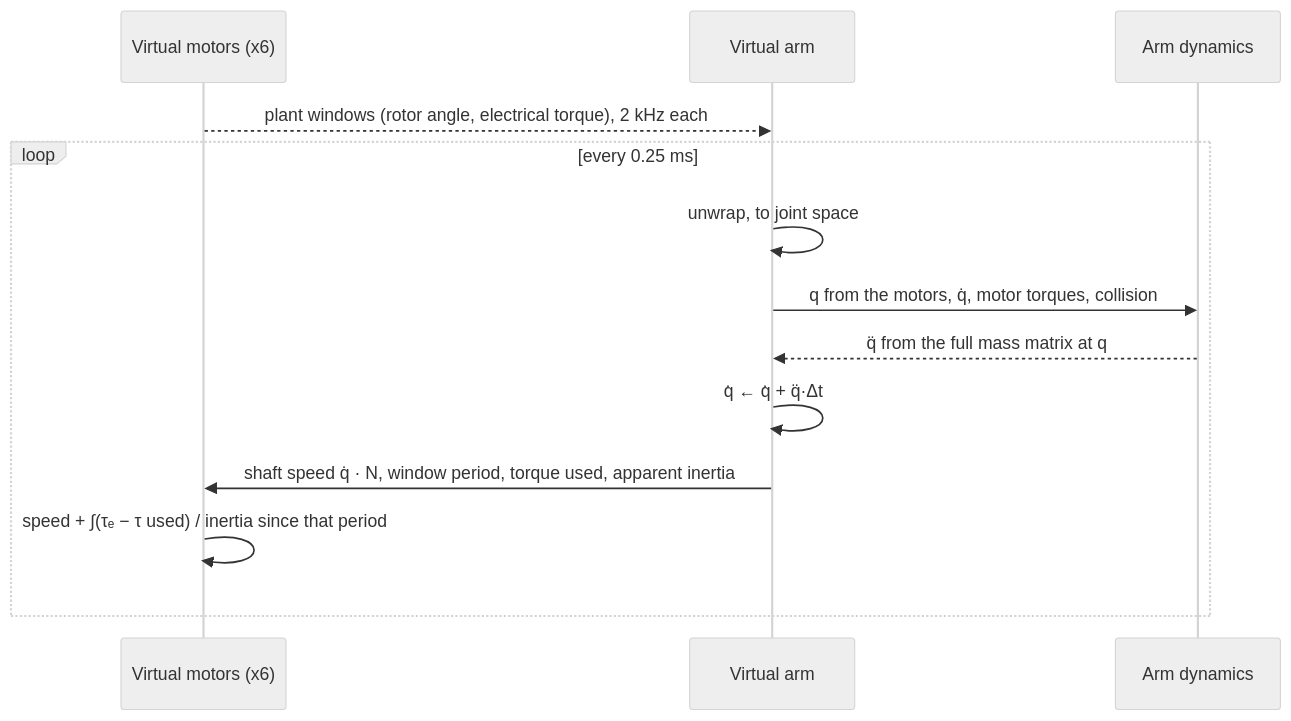
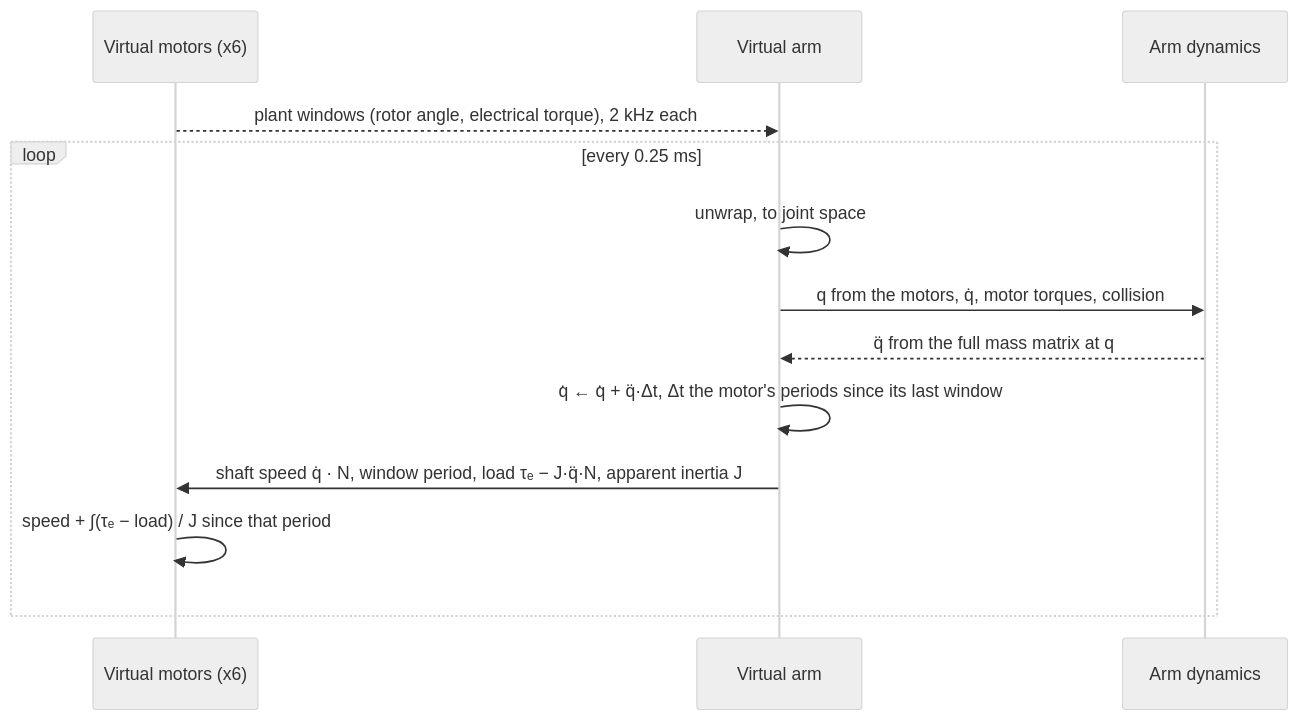
The second of 3 diagrams in documentation/design/virtual-arm.md (embedded-pro/e-robot-arm), drawn with Mermaid (neutral theme) before and after one commit. The commit also changed other lines of this file and 8 other files, not shown here.

First line of the commit message:
fix(virtual_arm): send each shaft its load and step it on its motor's time

````diff
--- a/documentation/design/virtual-arm.md
+++ b/documentation/design/virtual-arm.md
@@ -177,15 +185,15 @@
 ```mermaid
 sequenceDiagram
     participant M as Virtual motors (x6)
     participant V as Virtual arm
     participant A as Arm dynamics
     M-->>V: plant windows (rotor angle, electrical torque), 2 kHz each
     loop every 0.25 ms
         V->>V: unwrap, to joint space
         V->>A: q from the motors, q̇, motor torques, collision
         A-->>V: q̈ from the full mass matrix at q
-        V->>V: q̇ ← q̇ + q̈·Δt
-        V->>M: shaft speed q̇ · N, window period, torque used, apparent inertia
-        M->>M: speed + ∫(τₑ − τ used) / inertia since that period
+        V->>V: q̇ ← q̇ + q̈·Δt, Δt the motor's periods since its last window
+        V->>M: shaft speed q̇ · N, window period, load τₑ − J·q̈·N, apparent inertia J
+        M->>M: speed + ∫(τₑ − load) / J since that period
     end
 ```
````
